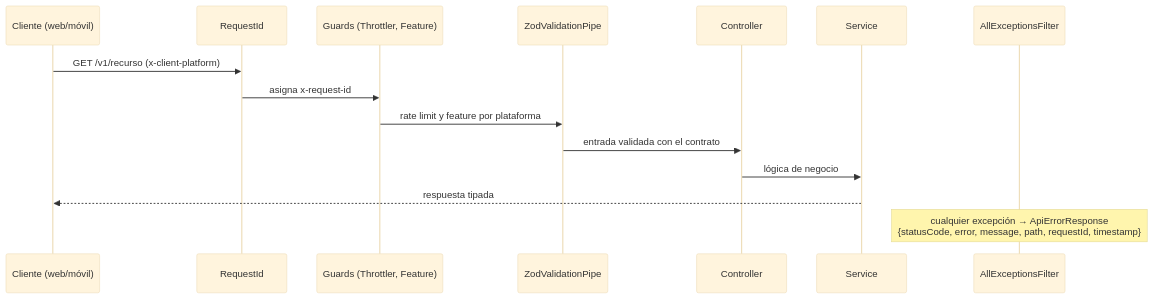
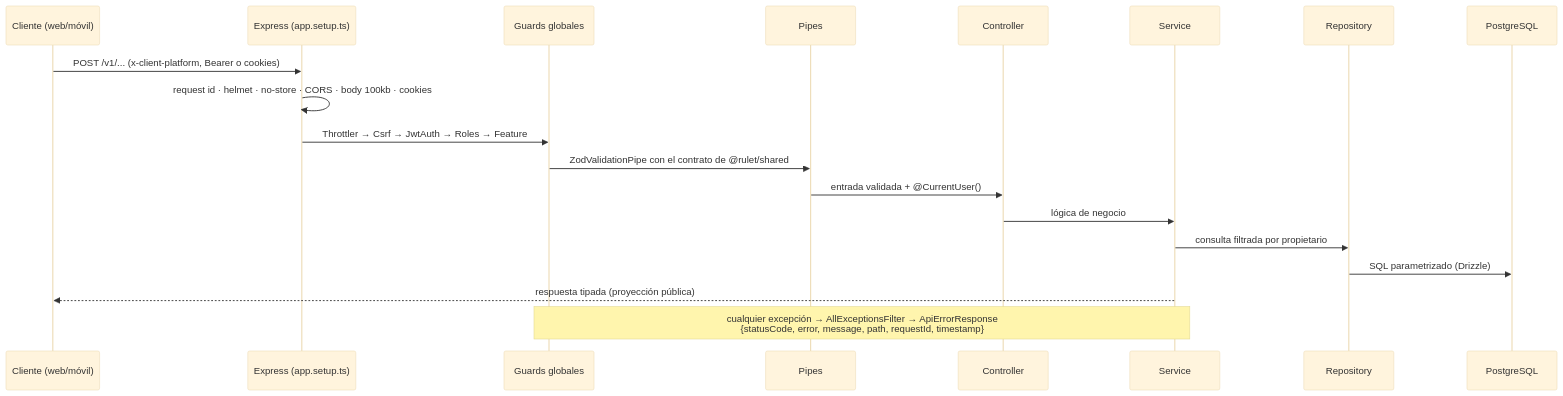
Before and after one commit to jorgemen2011-lgtm/rulet: the third of 3 diagrams in docs/architecture.md, drawn with Mermaid (base theme). The commit also changed other lines of this file and 29 other files, not shown here.

````diff
--- a/docs/architecture.md
+++ b/docs/architecture.md
@@ -106,18 +205,22 @@
 ```mermaid
 sequenceDiagram
   participant C as Cliente (web/móvil)
-  participant MW as RequestId
-  participant G as Guards (Throttler, Feature)
-  participant P as ZodValidationPipe
+  participant E as Express (app.setup.ts)
+  participant G as Guards globales
+  participant P as Pipes
   participant Ctl as Controller
   participant Svc as Service
-  participant F as AllExceptionsFilter
+  participant R as Repository
+  participant DB as PostgreSQL
 
-  C->>MW: GET /v1/recurso (x-client-platform)
-  MW->>G: asigna x-request-id
-  G->>P: rate limit y feature por plataforma
-  P->>Ctl: entrada validada con el contrato
+  C->>E: POST /v1/... (x-client-platform, Bearer o cookies)
+  E->>E: request id · helmet · no-store · CORS · body 100kb · cookies
+  E->>G: Throttler → Csrf → JwtAuth → Roles → Feature
+  G->>P: ZodValidationPipe con el contrato de @rulet/shared
+  P->>Ctl: entrada validada + @CurrentUser()
   Ctl->>Svc: lógica de negocio
-  Svc-->>C: respuesta tipada
-  Note over F: cualquier excepción → ApiErrorResponse<br/>{statusCode, error, message, path, requestId, timestamp}
+  Svc->>R: consulta filtrada por propietario
+  R->>DB: SQL parametrizado (Drizzle)
+  Svc-->>C: respuesta tipada (proyección pública)
+  Note over G,Svc: cualquier excepción → AllExceptionsFilter → ApiErrorResponse<br/>{statusCode, error, message, path, requestId, timestamp}
 ```
````
